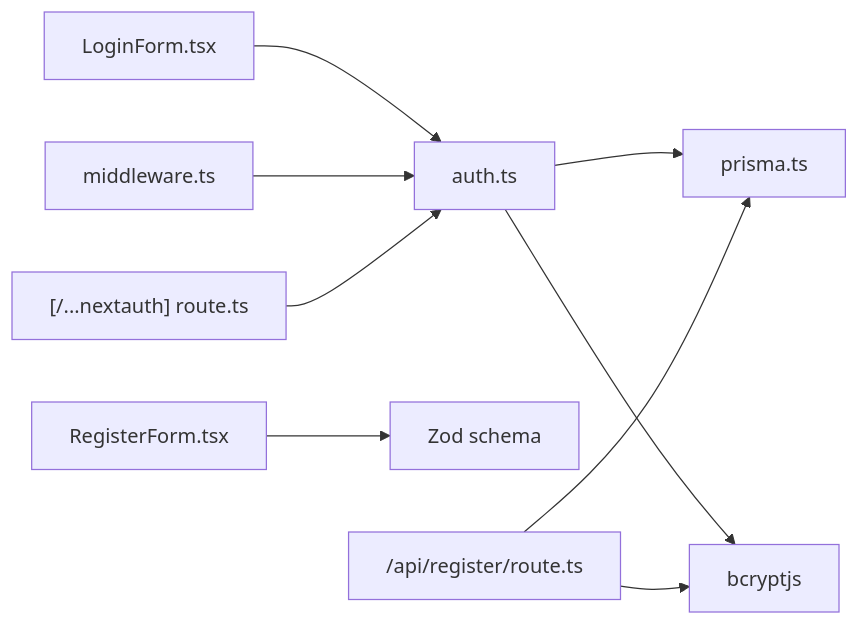
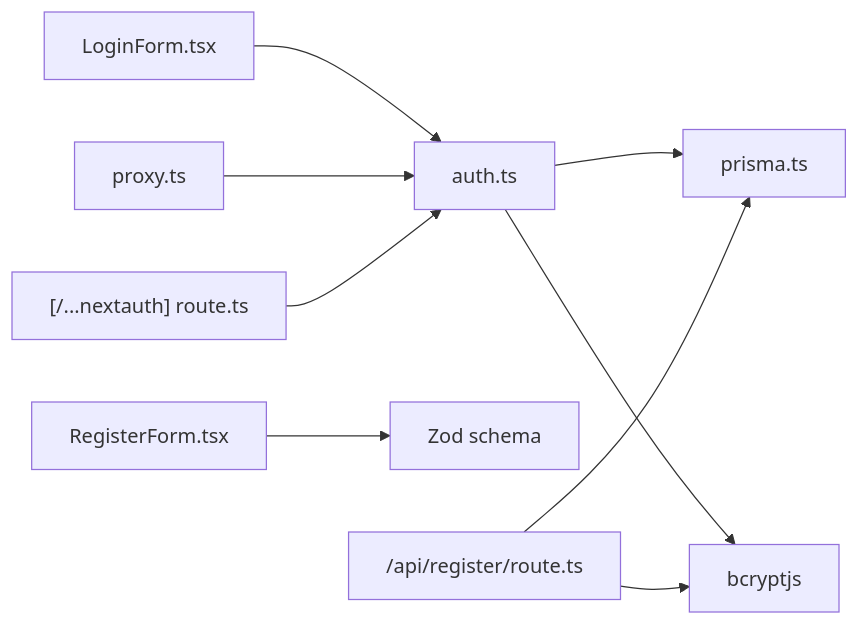
The fifth of 5 diagrams in .qoder/repowiki/en/content/Authentication & Authorization/NextAuth Configuration & Setup.md (Crowdspender/titchybooks-app), drawn with Mermaid before and after one commit. The commit also changed other lines of this file and 23 other files, not shown here.

````diff
--- a/.qoder/repowiki/en/content/Authentication & Authorization/NextAuth Configuration & Setup.md
+++ b/.qoder/repowiki/en/content/Authentication & Authorization/NextAuth Configuration & Setup.md
@@ -290,11 +324,11 @@
 ```mermaid
 graph LR
 AUTH["auth.ts"] --> PRISMA["prisma.ts"]
 AUTH --> BC["bcryptjs"]
 REG_FORM["RegisterForm.tsx"] --> ZOD["Zod schema"]
 REG_API["/api/register/route.ts"] --> PRISMA
 REG_API --> BC
 LOGIN_UI["LoginForm.tsx"] --> AUTH
-MW["middleware.ts"] --> AUTH
+PROXY["proxy.ts"] --> AUTH
 ROUTE_HANDLER["[/...nextauth] route.ts"] --> AUTH
 ```
````
